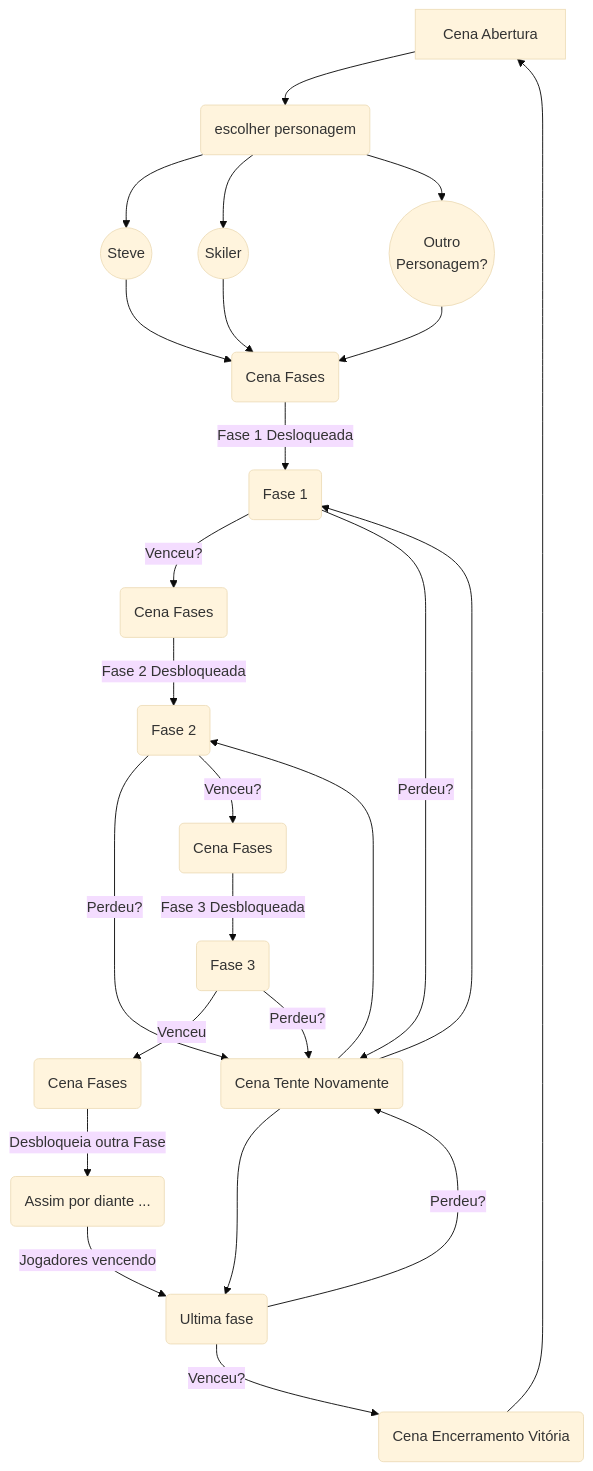
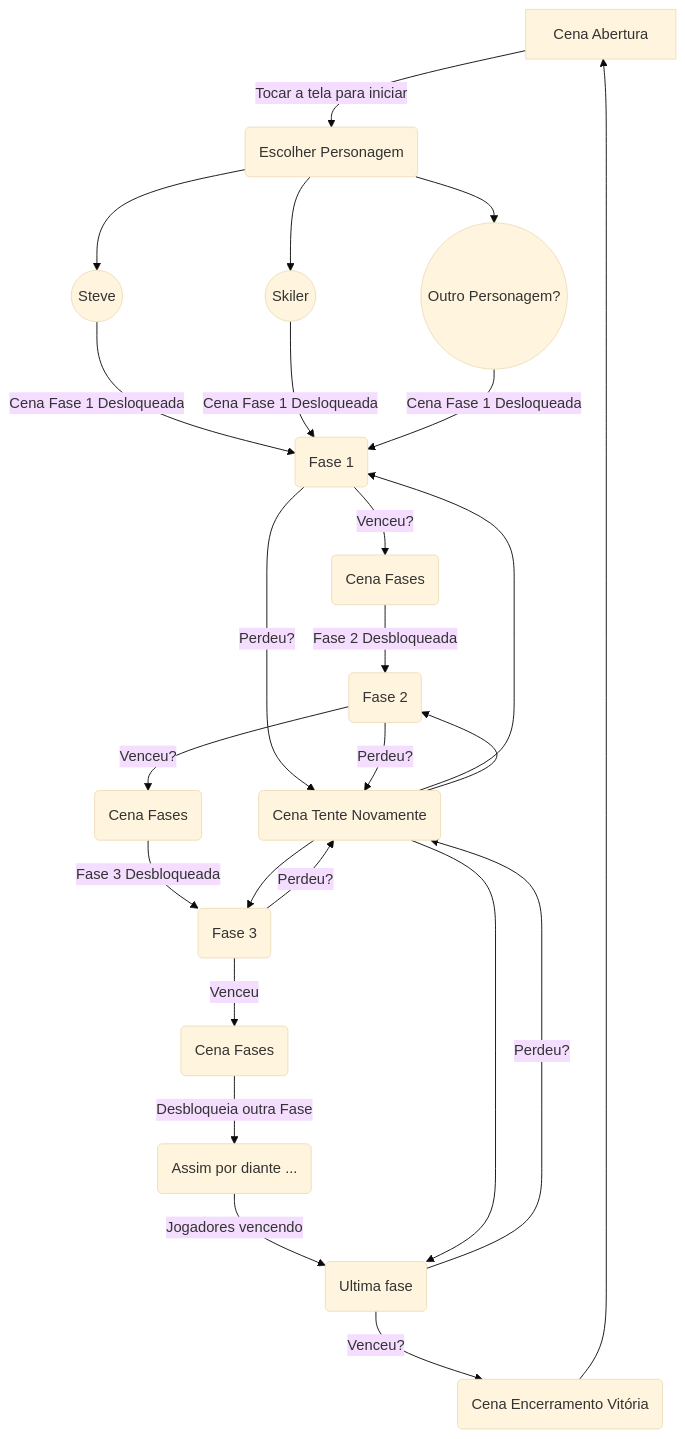
Before and after one commit to Hoff-Games/FutHoff: the diagram in README.md, drawn with Mermaid (base theme). The commit also changed other lines of this file, not shown here.

````diff
--- a/README.md
+++ b/README.md
@@ -95,22 +95,20 @@
 ```mermaid
-flowchart TD
-    A[Cena Abertura] --> B(escolher personagem) 
+flowchart
+    A[Cena Abertura] --> |Tocar a tela para iniciar| B(Escolher Personagem) 
     B --> C((Steve))
     B --> D((Skiler))
-    B --> E((Outro 
-    Personagem?))
-    C --> M(Cena Fases)
-    D --> M(Cena Fases)
-    E --> M(Cena Fases)
-    M --> |Fase 1 Desloqueada| N(Fase 1)
+    B --> E((Outro Personagem?))
+    C --> |Cena Fase 1 Desloqueada| N(Fase 1)
+    D --> |Cena Fase 1 Desloqueada| N(Fase 1)
+    E --> |Cena Fase 1 Desloqueada| N(Fase 1)
     N --> |Venceu?| Q(Cena Fases) --> |Fase 2 Desbloqueada| O(Fase 2)
     N --> |Perdeu?| P(Cena tente novamente) --> N(Fase 1)
     O --> |Perdeu?| P(Cena tente novamente) --> O(Fase 2)
     O --> |Venceu?| R(Cena Fases) --> |Fase 3 Desbloqueada| S(Fase 3)
     S --> |Venceu| W(Cena Fases) --> |Desbloqueia outra Fase| T(Assim por diante ...)
-    S --> |Perdeu?| P(Cena tente novamente)
+    S --> |Perdeu?| P(Cena tente novamente) --> S
     T --> |Jogadores vencendo| U(Ultima Fase)
     U --> |Venceu?| V(Cena Encerramento Vitória)
     U --> |Perdeu?| P(Cena Tente Novamente) --> U(Ultima fase)
     V --> A[Cena Abertura]
 ```
````
